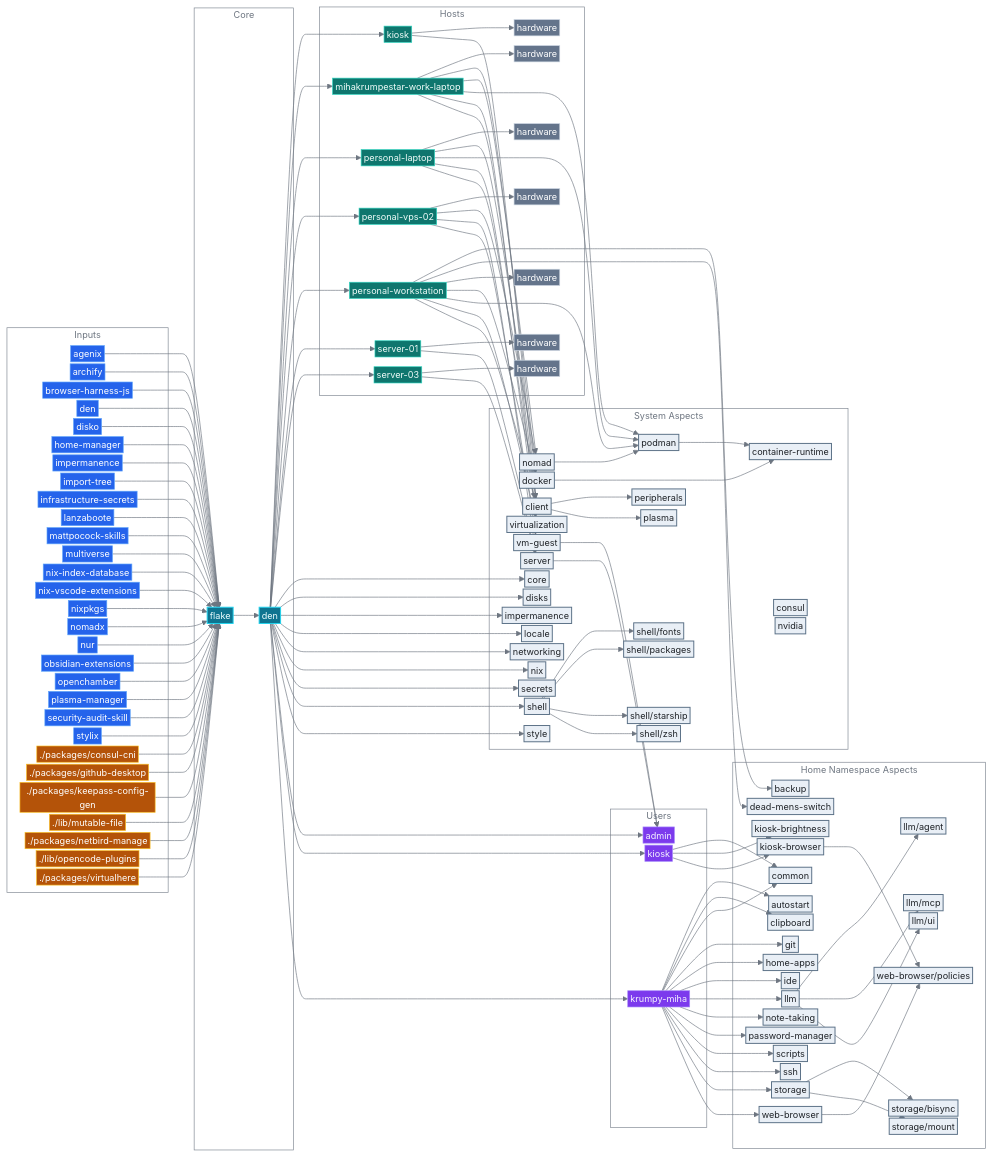
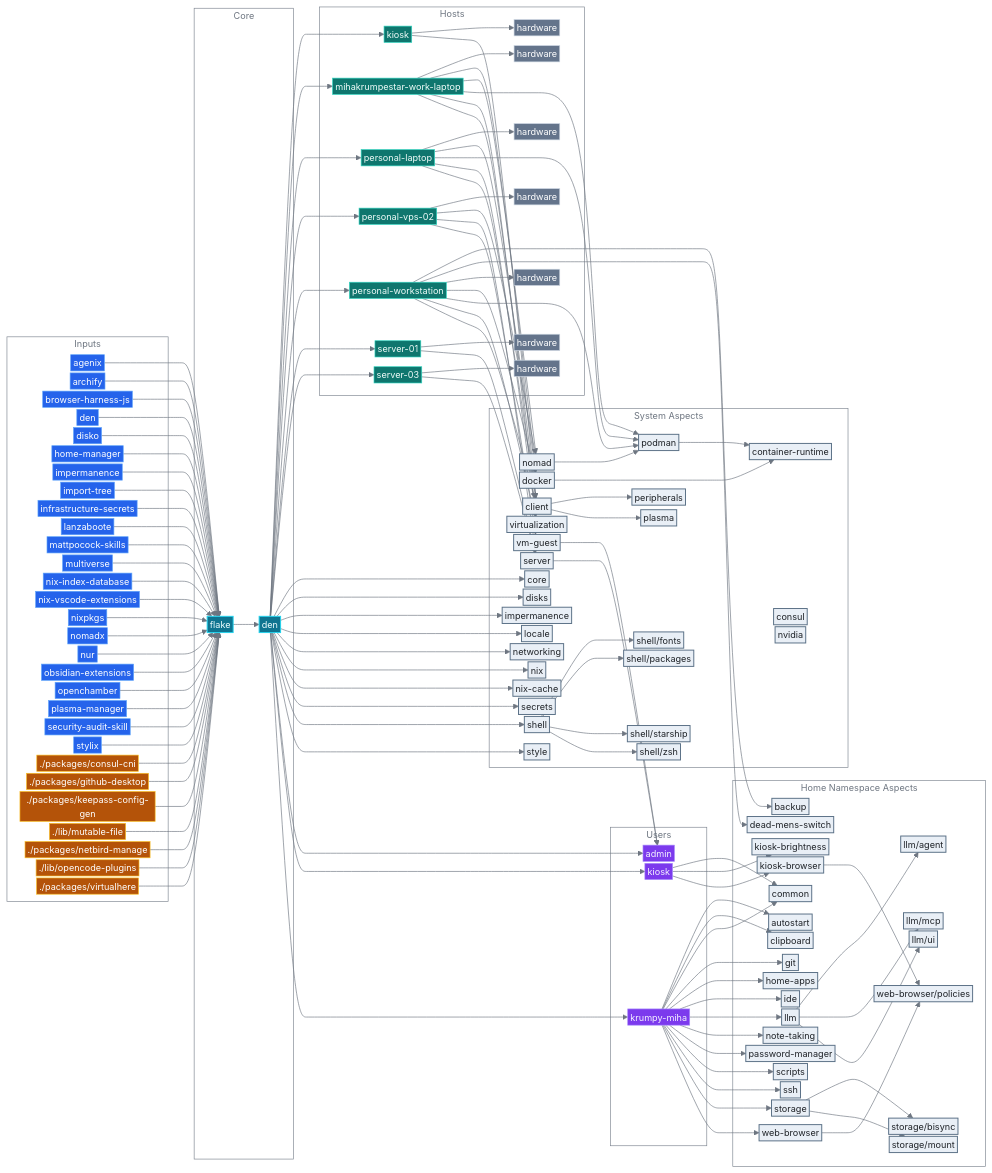
One commit to mihakrumpestar/infrastructure changed the diagram in README.md. Above: the diagram before and after it, drawn with Mermaid. The commit also changed other lines of this file and 13 other files, not shown here.

```diff
--- a/README.md
+++ b/README.md
@@ -174,6 +174,7 @@
         sys_impermanence["impermanence"]:::aspect
         sys_locale["locale"]:::aspect
         sys_networking["networking"]:::aspect
+        sys_nix_cache["nix-cache"]:::aspect
         sys_nix["nix"]:::aspect
         sys_secrets["secrets"]:::aspect
         sys_shell["shell"]:::aspect
@@ -259,6 +260,7 @@
     den --> sys_locale
     den --> sys_networking
     den --> sys_nix
+    den --> sys_nix_cache
     den --> sys_secrets
     den --> sys_shell
     den --> sys_style
```
